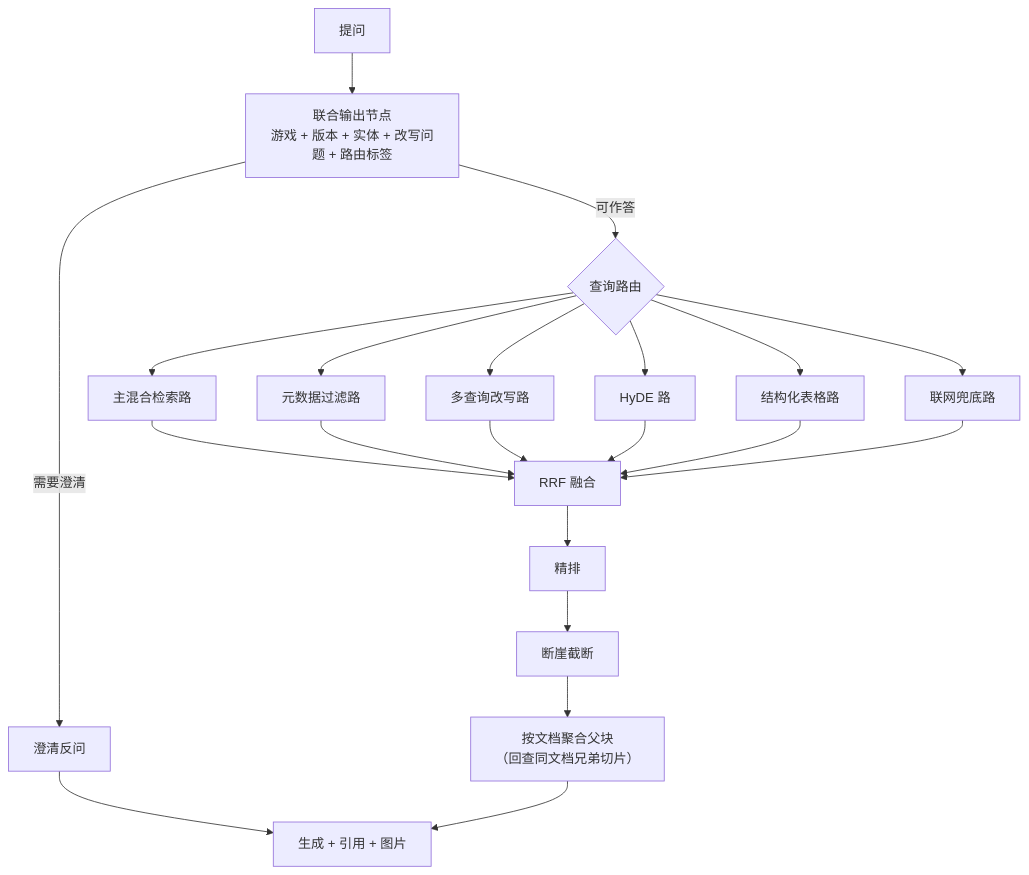
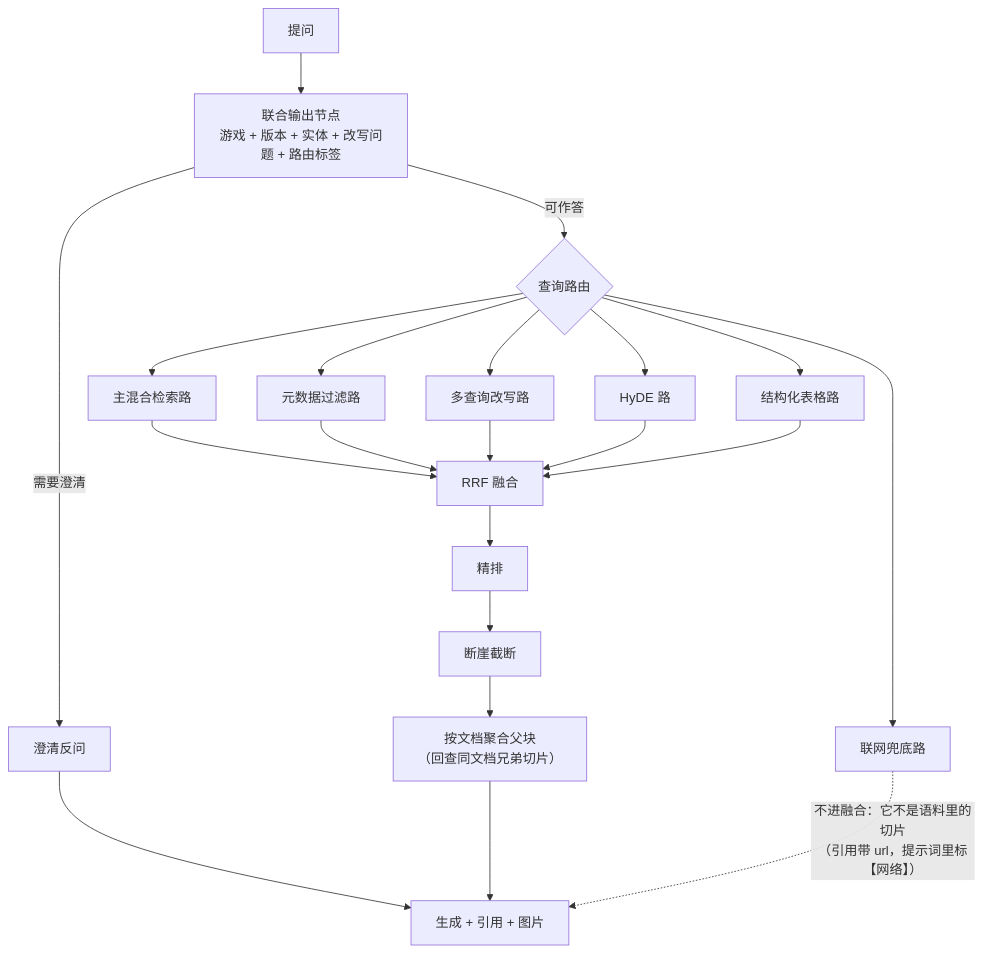
The second of 2 diagrams in docs/ARCHITECTURE.md (bigbadapai-bit/RAGamer), drawn with Mermaid before and after one commit. The commit also changed 7 other files, not shown here.

````diff
--- a/docs/ARCHITECTURE.md
+++ b/docs/ARCHITECTURE.md
@@ -197,22 +197,22 @@
 ```mermaid
 flowchart TB
     Q[提问] --> U["联合输出节点<br/>游戏 + 版本 + 实体 + 改写问题 + 路由标签"]
     U -->|需要澄清| C[澄清反问] --> OUT
     U -->|可作答| R{查询路由}
     R --> P1[主混合检索路]
     R --> P2[元数据过滤路]
     R --> P3[多查询改写路]
     R --> P4[HyDE 路]
     R --> P5[结构化表格路]
     R --> P6[联网兜底路]
     P1 --> F[RRF 融合]
     P2 --> F
     P3 --> F
     P4 --> F
     P5 --> F
-    P6 --> F
     F --> RK[精排]
     RK --> T[断崖截断]
     T --> AG["按文档聚合父块<br/>（回查同文档兄弟切片）"]
     AG --> OUT[生成 + 引用 + 图片]
+    P6 -. "不进融合：它不是语料里的切片<br/>（引用带 url，提示词里标【网络】）" .-> OUT
 ```
````
